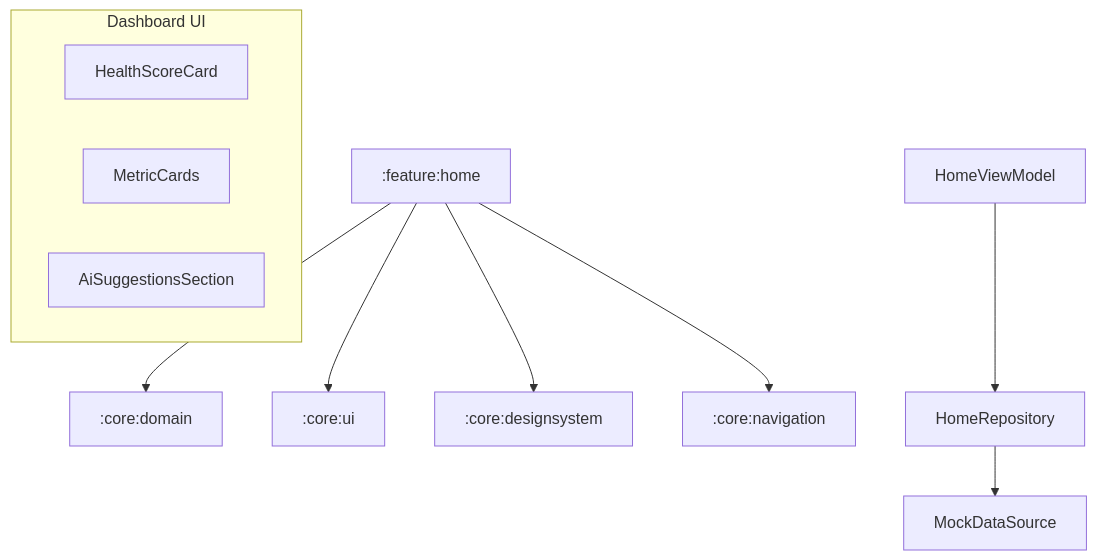
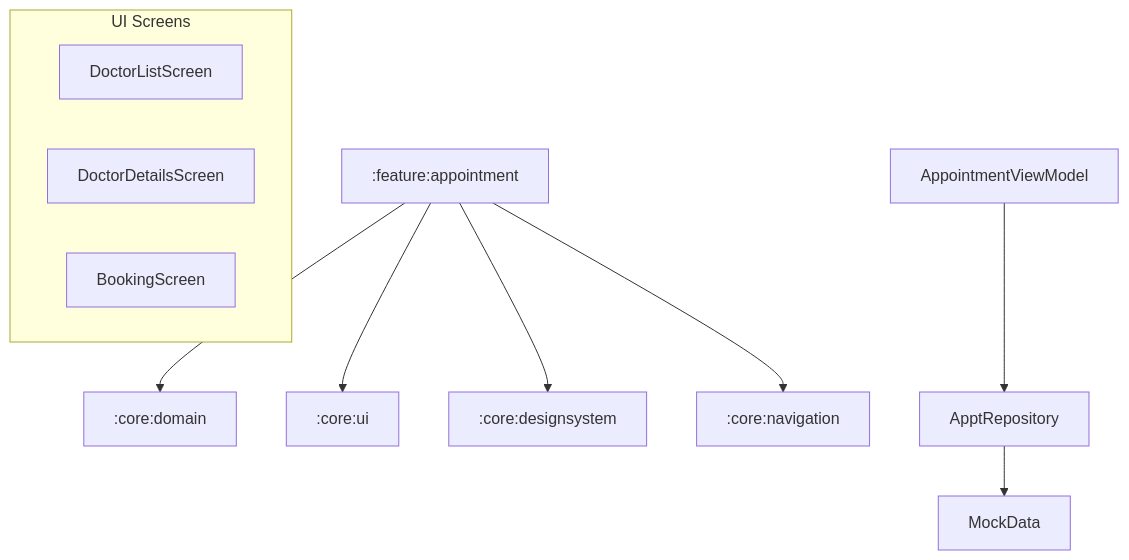
Before and after one commit to KotlinFiroj/Ai-HealthCare-App: the diagram in .artifacts/4dc8775b-7ddf-49a0-b4e6-8fda79cbdfec/implementation_plan.artifact.md, drawn with Mermaid. The commit also changed other lines of this file and 21 other files, not shown here.

Commit message:
Implement Phase 7: Doctor appointment feature with doctor search, booking flow, and UI components

````diff
--- a/.artifacts/4dc8775b-7ddf-49a0-b4e6-8fda79cbdfec/implementation_plan.artifact.md
+++ b/.artifacts/4dc8775b-7ddf-49a0-b4e6-8fda79cbdfec/implementation_plan.artifact.md
@@ -55,16 +53,16 @@
 ```mermaid
 graph TD
-    F_Home[:feature:home] --> C_Domain[:core:domain]
-    F_Home --> C_UI[:core:ui]
-    F_Home --> C_DS[:core:designsystem]
-    F_Home --> C_Nav[:core:navigation]
+    F_Appt[:feature:appointment] --> C_Domain[:core:domain]
+    F_Appt --> C_UI[:core:ui]
+    F_Appt --> C_DS[:core:designsystem]
+    F_Appt --> C_Nav[:core:navigation]
 
-    subgraph Dashboard UI
-        HS[HealthScoreCard]
-        MC[MetricCards]
-        AI[AiSuggestionsSection]
+    subgraph UI Screens
+        DL[DoctorListScreen]
+        DD[DoctorDetailsScreen]
+        BS[BookingScreen]
     end
 
-    HomeVM[HomeViewModel] --> HomeRepository
-    HomeRepository --> MockDataSource
+    ApptVM[AppointmentViewModel] --> ApptRepository
+    ApptRepository --> MockData
 ```
````
